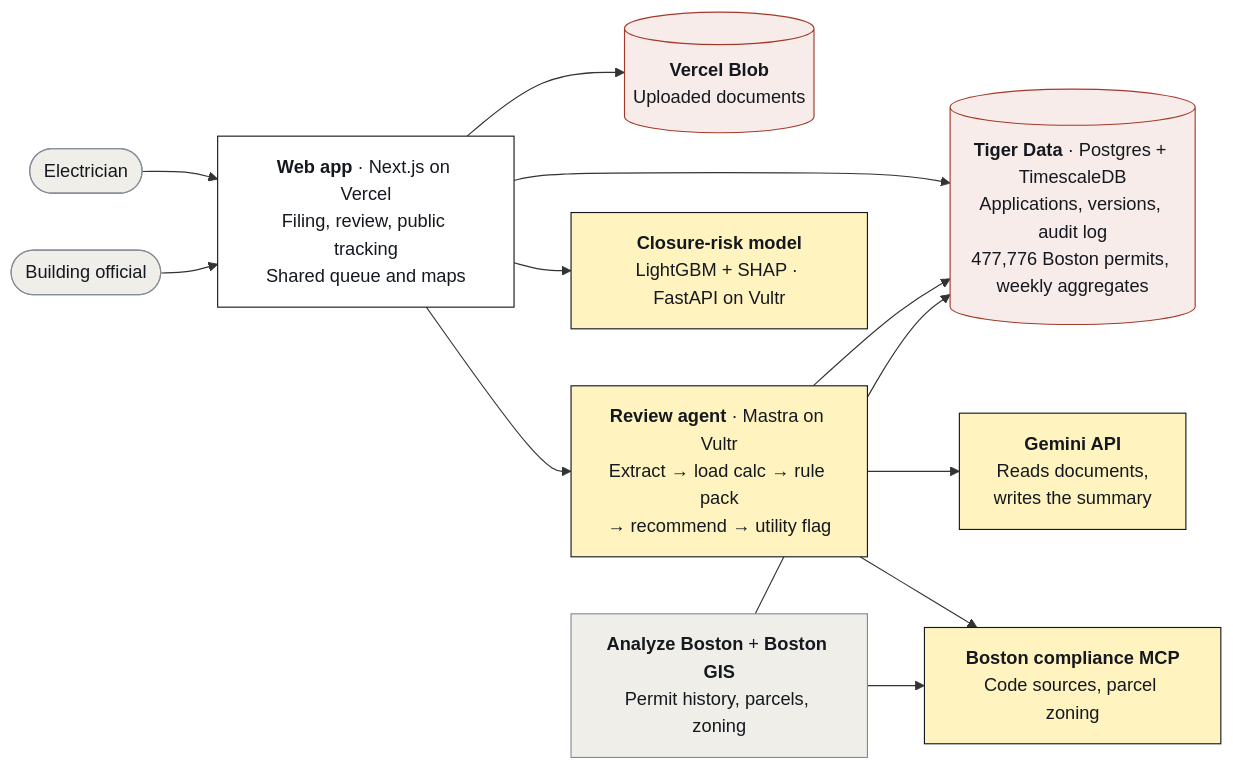
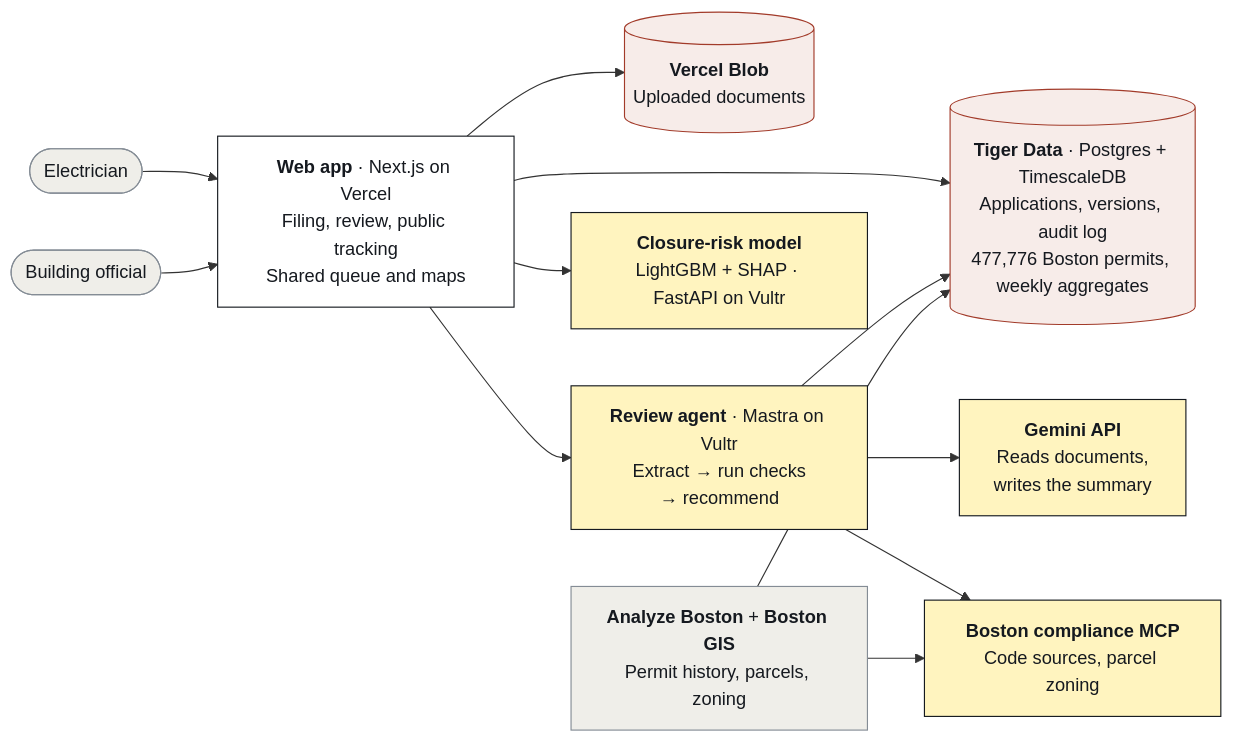
One commit to njsaxena/PermitPike changed the first of 2 diagrams in README.md. Above: the diagram before and after it, drawn with Mermaid. The commit also changed other lines of this file, not shown here.

````diff
--- a/README.md
+++ b/README.md
@@ -147,30 +135,30 @@
 ```mermaid
 flowchart LR
   classDef app fill:#FFFFFF,stroke:#15191F,color:#15191F
   classDef ai fill:#FFF4BF,stroke:#15191F,color:#15191F
   classDef data fill:#F7ECE9,stroke:#A23B2A,color:#15191F
   classDef ext fill:#EFEEE9,stroke:#848C95,color:#15191F
 
   electrician(["Electrician"]):::ext
   official(["Building official"]):::ext
   web["<b>Web app</b> · Next.js on Vercel<br/>Filing, review, public tracking<br/>Shared queue and maps"]:::app
   blob[("<b>Vercel Blob</b><br/>Uploaded documents")]:::data
-  agent["<b>Review agent</b> · Mastra on Vultr<br/>Extract → load calc → rule pack<br/>→ recommend → utility flag"]:::ai
+  agent["<b>Review agent</b> · Mastra on Vultr<br/>Extract → run checks<br/>→ recommend"]:::ai
   gemini["<b>Gemini API</b><br/>Reads documents,<br/>writes the summary"]:::ai
   mcp["<b>Boston compliance MCP</b><br/>Code sources, parcel zoning"]:::ai
   risk["<b>Closure-risk model</b><br/>LightGBM + SHAP · FastAPI on Vultr"]:::ai
   db[("<b>Tiger Data</b> · Postgres + TimescaleDB<br/>Applications, versions, audit log<br/>477,776 Boston permits, weekly aggregates")]:::data
   boston["<b>Analyze Boston</b> + <b>Boston GIS</b><br/>Permit history, parcels, zoning"]:::ext
 
   electrician --> web
   official --> web
   web --> blob
   web --> db
   web --> agent
   web --> risk
   agent --> gemini
   agent --> mcp
   agent --> db
   boston --> db
   boston --> mcp
 ```
````
